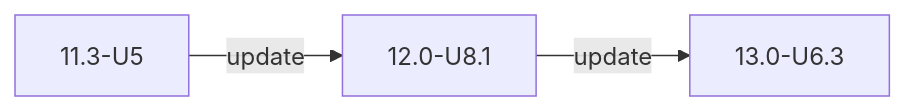
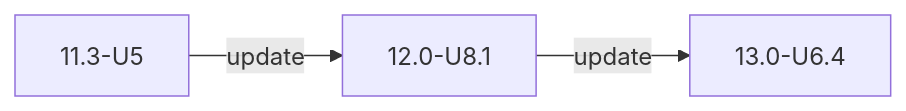
Before and after one commit to truenas/documentation: the second of 2 diagrams in static/includes/COREUpgradePaths.md, drawn with Mermaid. The commit also changed other lines of this file and 3 other files, not shown here.

```diff
--- a/static/includes/COREUpgradePaths.md
+++ b/static/includes/COREUpgradePaths.md
@@ -21,5 +21,5 @@
       {{< mermaid class="mermaid_sizing" >}}
       flowchart LR
       A["11.3-U5"] -->|update| B["12.0-U8.1"]
-      B -->|update| C["13.0-U6.3"]
+      B -->|update| C["13.0-U6.4"]
       {{< /mermaid >}}
```
